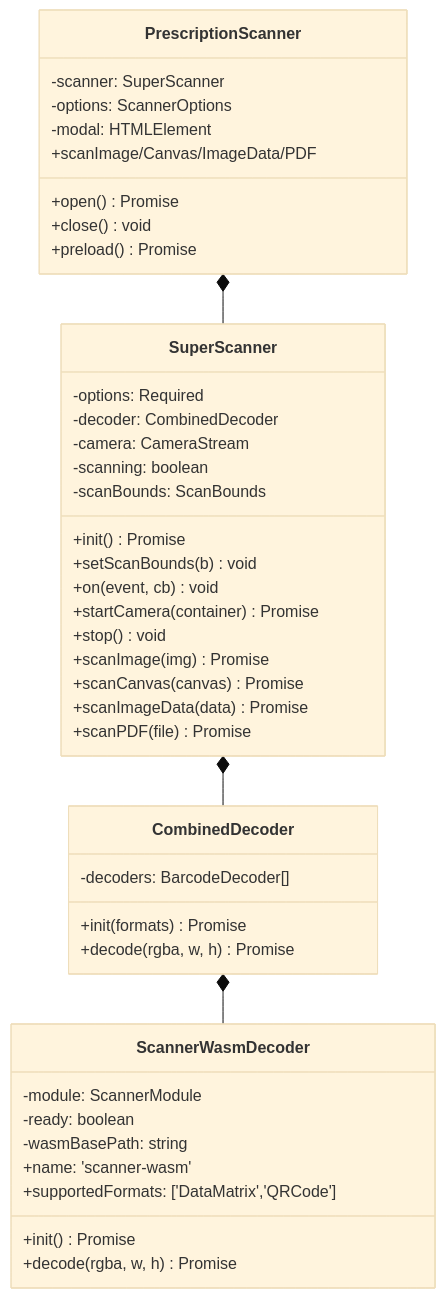
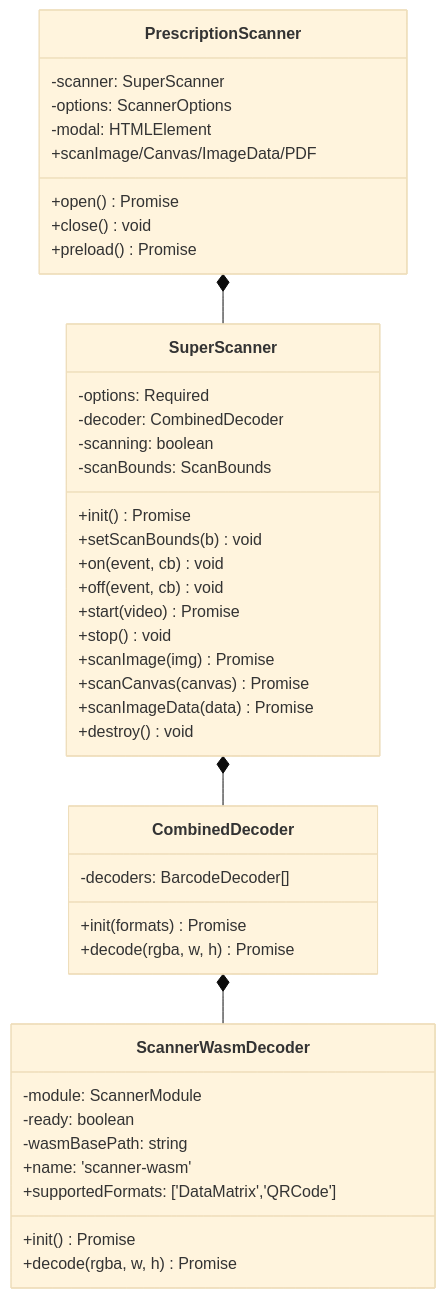
Before and after one commit to Marvbuster/prescription_scanner: the diagram in .wiki/articles/architecture/class-hierarchy.md, drawn with Mermaid (base theme). The commit also changed other lines of this file and 5 other files, not shown here.

````diff
--- a/.wiki/articles/architecture/class-hierarchy.md
+++ b/.wiki/articles/architecture/class-hierarchy.md
@@ -29,45 +29,45 @@
 ```mermaid
 classDiagram
   class SuperScanner {
     -options: Required<ScannerOptions>
     -decoder: CombinedDecoder
-    -camera: CameraStream
     -scanning: boolean
     -scanBounds: ScanBounds
     +init() Promise
     +setScanBounds(b) void
     +on(event, cb) void
-    +startCamera(container) Promise
+    +off(event, cb) void
+    +start(video) Promise
     +stop() void
     +scanImage(img) Promise<ScanResult[]>
     +scanCanvas(canvas) Promise<ScanResult[]>
     +scanImageData(data) Promise<ScanResult[]>
-    +scanPDF(file) Promise<ScanResult[]>
+    +destroy() void
   }
   class CombinedDecoder {
     -decoders: BarcodeDecoder[]
     +init(formats) Promise
     +decode(rgba, w, h) Promise<DecodedBarcode[]>
   }
   class ScannerWasmDecoder {
     -module: ScannerModule
     -ready: boolean
     -wasmBasePath: string
     +name: 'scanner-wasm'
     +supportedFormats: ['DataMatrix','QRCode']
     +init() Promise
     +decode(rgba, w, h) Promise<DecodedBarcode[]>
   }
   class PrescriptionScanner {
     -scanner: SuperScanner
     -options: ScannerOptions
     -modal: HTMLElement
     +open() Promise
     +close() void
     +preload() Promise
     +scanImage/Canvas/ImageData/PDF
   }
   PrescriptionScanner *-- SuperScanner
   SuperScanner *-- CombinedDecoder
   CombinedDecoder *-- ScannerWasmDecoder
 ```
````
